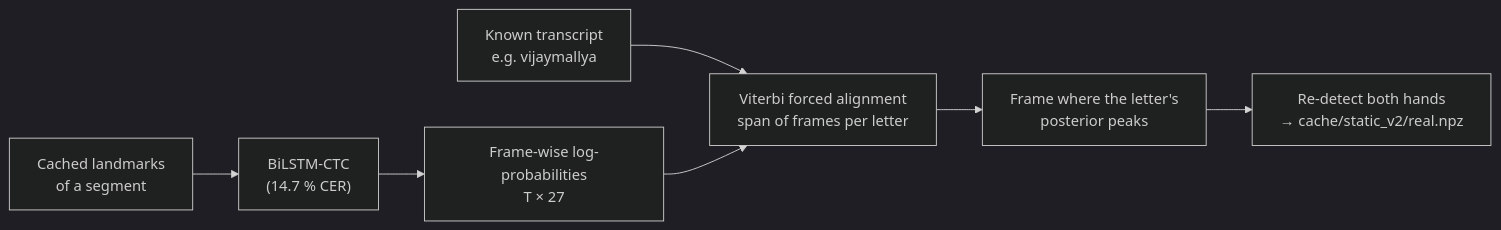
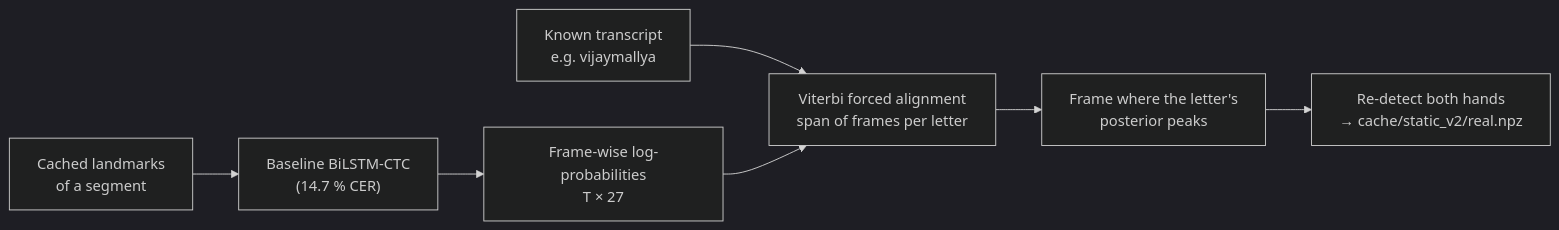
The diagram in docs-site/docs/data/aligned-real-frames.md (BarnabaBobbili/ISL-Fingerspelling), drawn with Mermaid (dark theme) before and after one commit. The commit also changed other lines of this file and 142 other files, not shown here.

````diff
--- a/docs-site/docs/data/aligned-real-frames.md
+++ b/docs-site/docs/data/aligned-real-frames.md
@@ -16,9 +16,9 @@
 ```mermaid
 flowchart LR
-    A["Cached landmarks<br/>of a segment"] --> B["BiLSTM-CTC<br/>(14.7 % CER)"]
+    A["Cached landmarks<br/>of a segment"] --> B["Baseline BiLSTM-CTC<br/>(14.7 % CER)"]
     B --> C["Frame-wise log-probabilities<br/>T × 27"]
     T["Known transcript<br/>e.g. vijaymallya"] --> D
     C --> D["Viterbi forced alignment<br/>span of frames per letter"]
     D --> E["Frame where the letter's<br/>posterior peaks"]
     E --> F["Re-detect both hands<br/>→ cache/static_v2/real.npz"]
 ```
````
